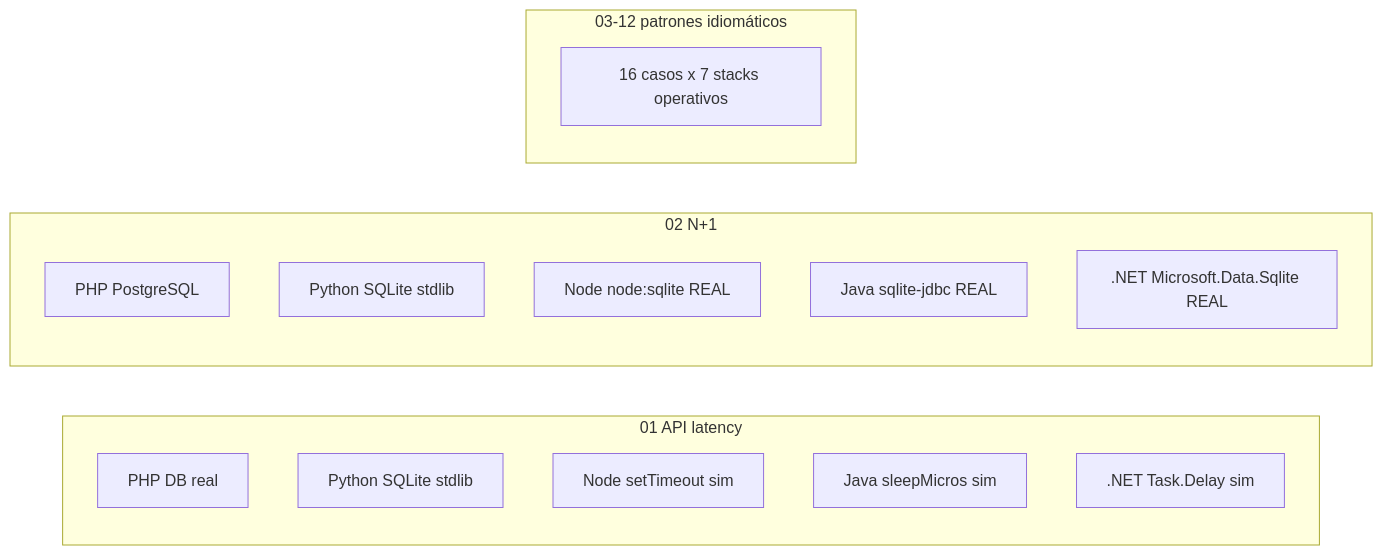
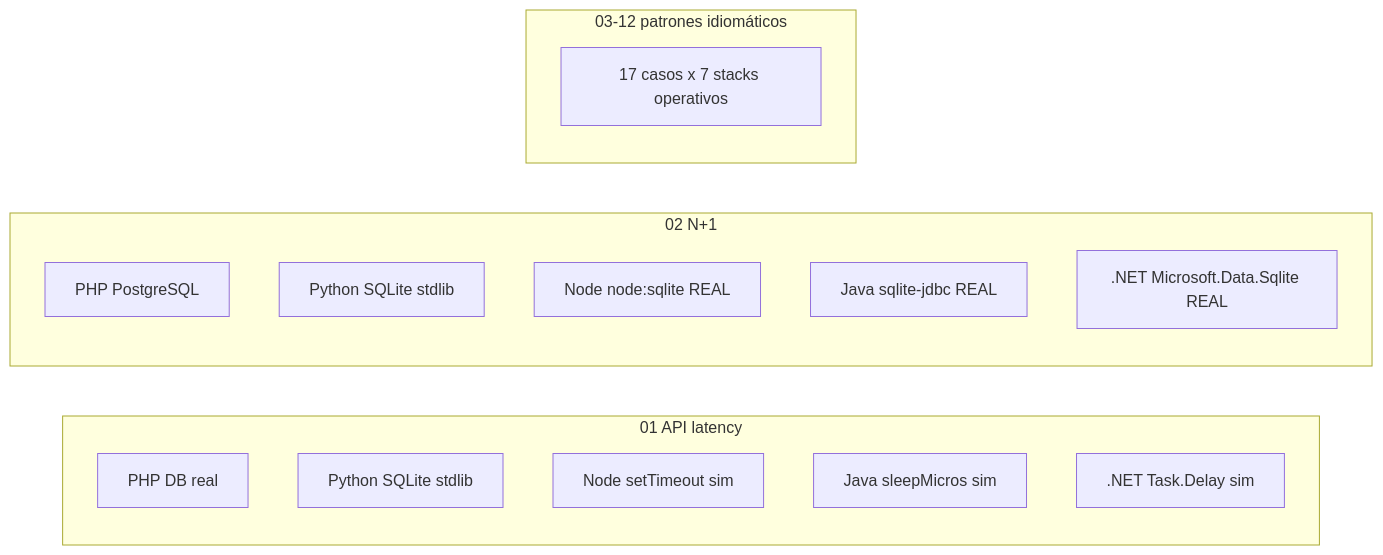
The fourth of 5 diagrams in ARCHITECTURE.md (vladimiracunadev-create/problem-driven-systems-lab), drawn with Mermaid before and after one commit. The commit also changed other lines of this file and 102 other files, not shown here.

````diff
--- a/ARCHITECTURE.md
+++ b/ARCHITECTURE.md
@@ -217,22 +217,22 @@
 ```mermaid
 graph LR
     subgraph C01[01 API latency]
         C01_PHP[PHP DB real]
         C01_PY[Python SQLite stdlib]
         C01_NODE[Node setTimeout sim]
         C01_JAVA[Java sleepMicros sim]
         C01_NET[.NET Task.Delay sim]
     end
 
     subgraph C02[02 N+1]
         C02_PHP[PHP PostgreSQL]
         C02_PY[Python SQLite stdlib]
         C02_NODE[Node node:sqlite REAL]
         C02_JAVA[Java sqlite-jdbc REAL]
         C02_NET[.NET Microsoft.Data.Sqlite REAL]
     end
 
     subgraph C03_12[03-12 patrones idiomáticos]
-        OTHER[16 casos x 7 stacks operativos]
+        OTHER[17 casos x 7 stacks operativos]
     end
 ```
````
